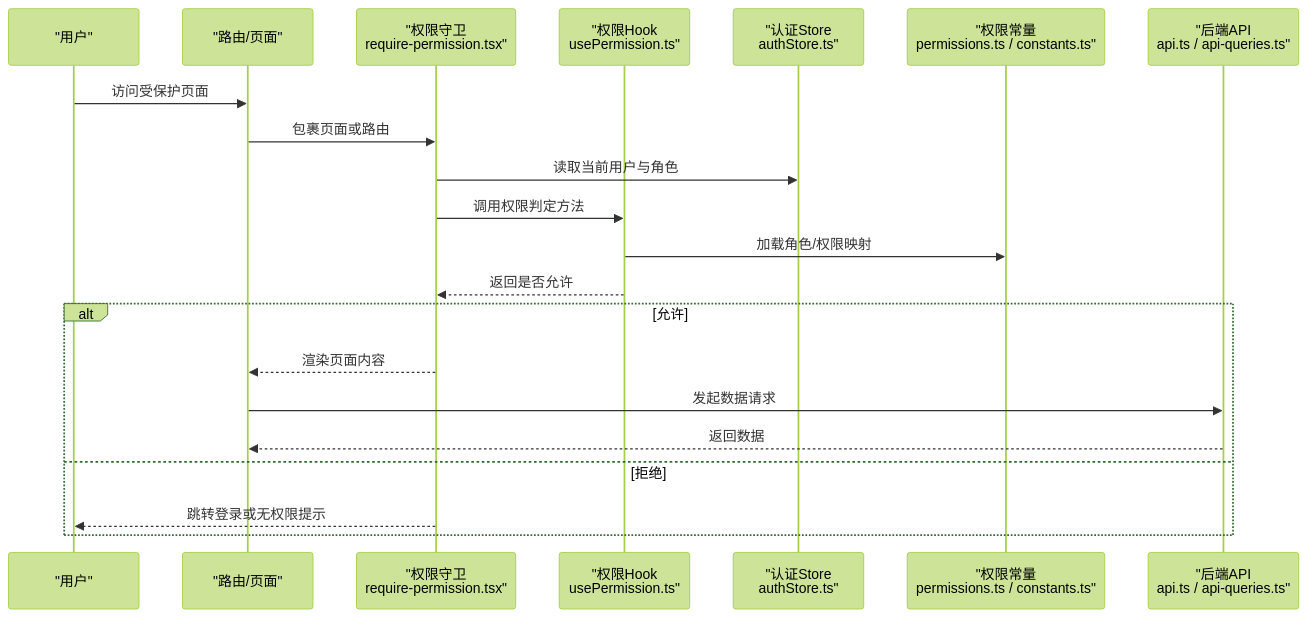
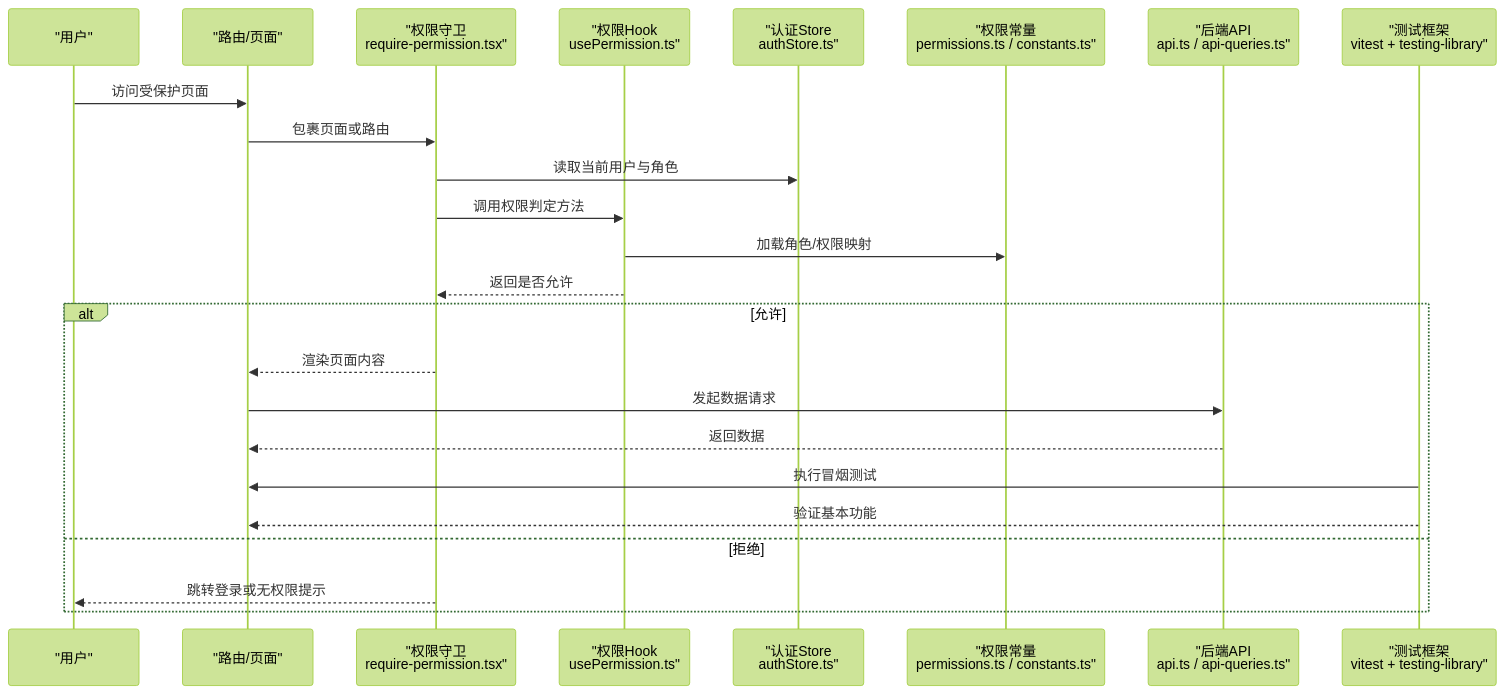
The second of 10 diagrams in .qoder/repowiki/zh/content/页面组件/管理系统页面.md (Damao997/newproject), drawn with Mermaid (forest theme) before and after one commit. The commit also changed other lines of this file and 62 other files, not shown here.

````diff
--- a/.qoder/repowiki/zh/content/页面组件/管理系统页面.md
+++ b/.qoder/repowiki/zh/content/页面组件/管理系统页面.md
@@ -118,23 +133,26 @@
 ```mermaid
 sequenceDiagram
 participant U as "用户"
 participant R as "路由/页面"
 participant G as "权限守卫<br/>require-permission.tsx"
 participant P as "权限Hook<br/>usePermission.ts"
 participant S as "认证Store<br/>authStore.ts"
 participant L as "权限常量<br/>permissions.ts / constants.ts"
 participant API as "后端API<br/>api.ts / api-queries.ts"
+participant T as "测试框架<br/>vitest + testing-library"
 U->>R : 访问受保护页面
 R->>G : 包裹页面或路由
 G->>S : 读取当前用户与角色
 G->>P : 调用权限判定方法
 P->>L : 加载角色/权限映射
 P-->>G : 返回是否允许
 alt 允许
 G-->>R : 渲染页面内容
 R->>API : 发起数据请求
 API-->>R : 返回数据
+T->>R : 执行冒烟测试
+T-->>R : 验证基本功能
 else 拒绝
 G-->>U : 跳转登录或无权限提示
 end
 ```
````
